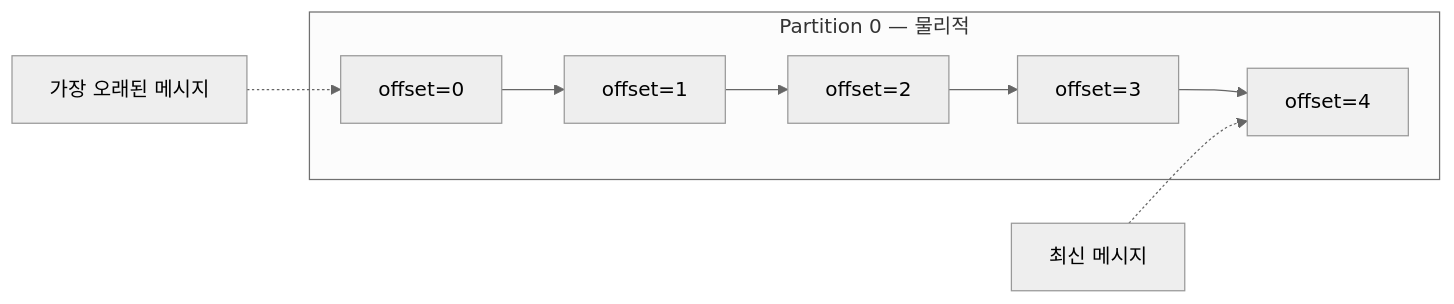
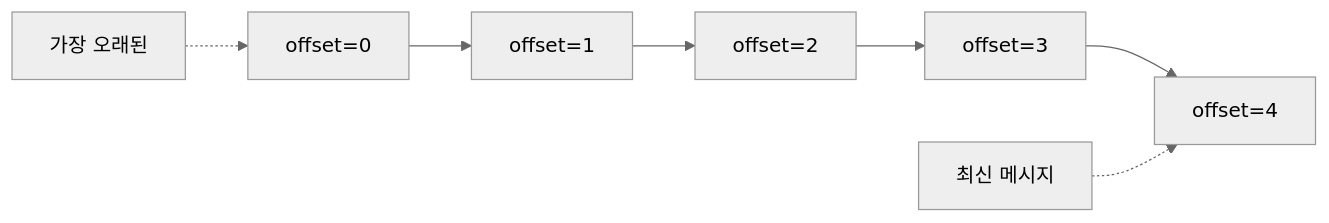
The fourth of 17 diagrams in _posts/kafka/2026-05-01-kafka-fundamentals.md (yjkim2015/yjkim2015.github.io), drawn with Mermaid (neutral theme) before and after one commit. The commit also changed other lines of this file and 155 other files, not shown here.

First line of the commit message:
Mermaid 전면 수정: subgraph 제거, participant/노드/줄수 축소 (342블록)

````diff
--- a/_posts/kafka/2026-05-01-kafka-fundamentals.md
+++ b/_posts/kafka/2026-05-01-kafka-fundamentals.md
@@ -104,13 +98,6 @@
 ```mermaid
 graph LR
-    subgraph log["Partition 0 — 물리적"]
-        O0["offset=0"]
-        O1["offset=1"]
-        O2["offset=2"]
-        O3["offset=3"]
-        O4["offset=4"]
-        O0 --> O1 --> O2 --> O3 --> O4
-    end
-    note1["가장 오래된 메시지"] -.-> O0
+    O0["offset=0"] --> O1["offset=1"] --> O2["offset=2"] --> O3["offset=3"] --> O4["offset=4"]
+    note1["가장 오래된"] -.-> O0
     note2["최신 메시지"] -.-> O4
 ```
````
